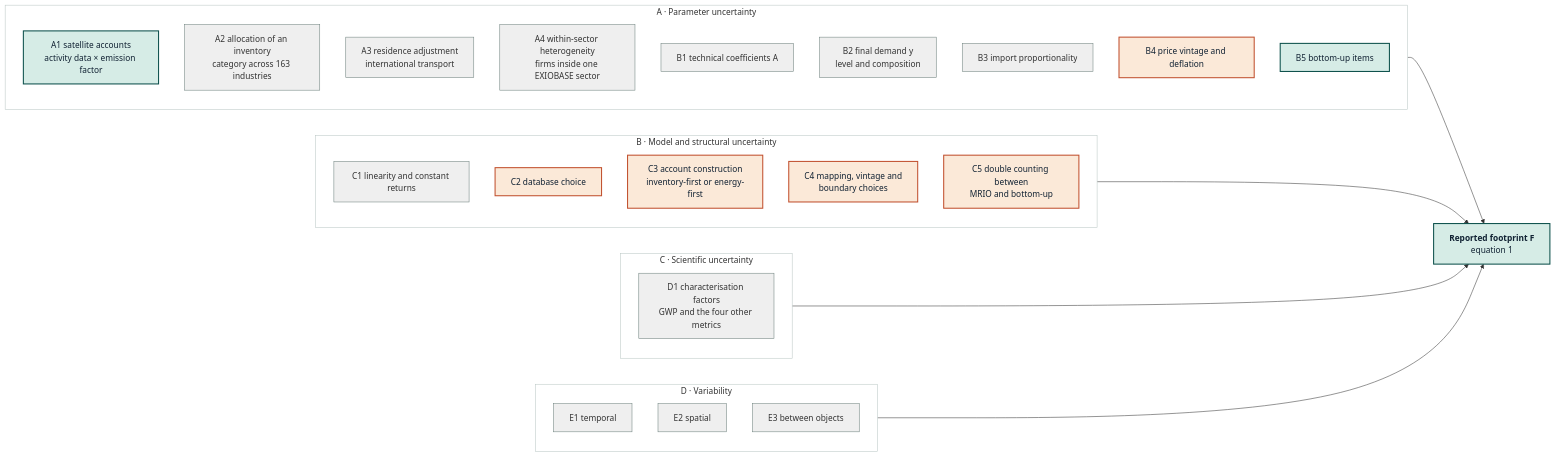
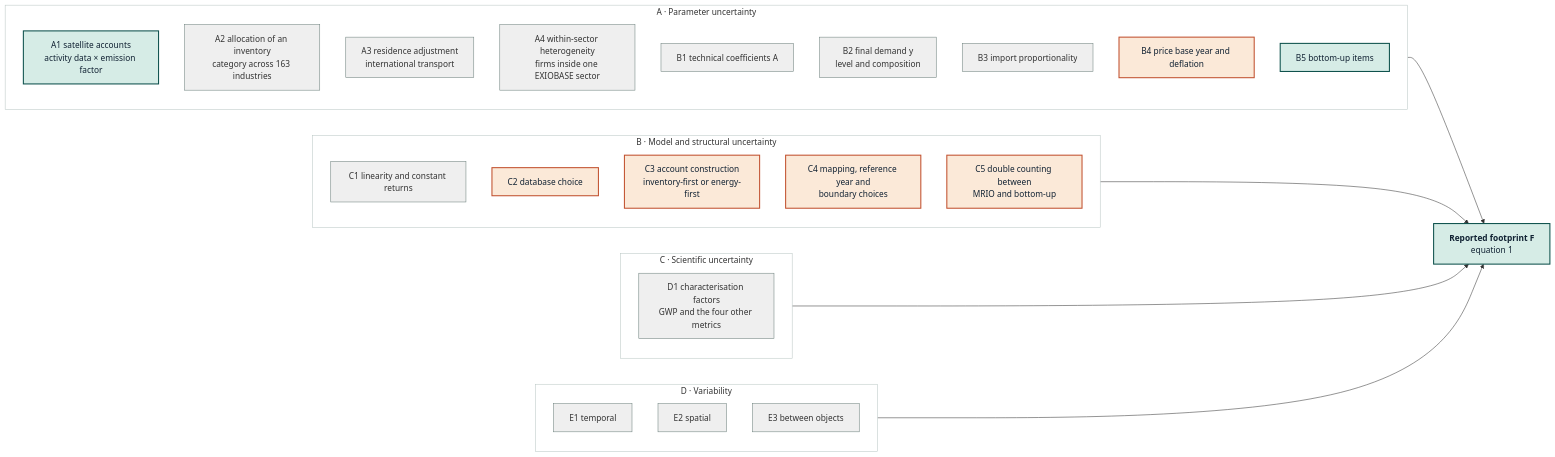
One commit to Ofir2025/envr-footprint-healthcare-Dk2025 changed the diagram in docs/revision/uncertainty.md. Above: the diagram before and after it, drawn with Mermaid. The commit also changed other lines of this file and 83 other files, not shown here.

````diff
--- a/docs/revision/uncertainty.md
+++ b/docs/revision/uncertainty.md
@@ -71,49 +71,49 @@
 ```mermaid
 flowchart LR
     F["<b>Reported footprint F</b><br/>equation 1"]
 
     subgraph P["A · Parameter uncertainty"]
         P1["A1 satellite accounts<br/>activity data × emission factor"]
         P2["A2 allocation of an inventory<br/>category across 163 industries"]
         P3["A3 residence adjustment<br/>international transport"]
         P4["A4 within-sector heterogeneity<br/>firms inside one EXIOBASE sector"]
         P5["B1 technical coefficients A"]
         P6["B2 final demand y<br/>level and composition"]
         P7["B3 import proportionality"]
-        P8["B4 price vintage and deflation"]
+        P8["B4 price base year and deflation"]
         P9["B5 bottom-up items"]
     end
 
     subgraph M["B · Model and structural uncertainty"]
         M1["C1 linearity and constant returns"]
         M2["C2 database choice"]
         M3["C3 account construction<br/>inventory-first or energy-first"]
-        M4["C4 mapping, vintage and<br/>boundary choices"]
+        M4["C4 mapping, reference year and<br/>boundary choices"]
         M5["C5 double counting between<br/>MRIO and bottom-up"]
     end
 
     subgraph S["C · Scientific uncertainty"]
         S1["D1 characterisation factors<br/>GWP and the four other metrics"]
     end
 
     subgraph V["D · Variability"]
         V1["E1 temporal"]
         V2["E2 spatial"]
         V3["E3 between objects"]
     end
 
     P --> F
     M --> F
     S --> F
     V --> F
 
     classDef quant fill:#D6ECE6,stroke:#0B4F4A,stroke-width:2px,color:#123
     classDef scen  fill:#FBE9D8,stroke:#C1502E,stroke-width:2px,color:#123
     classDef named fill:#EFEFEF,stroke:#6B7F7B,stroke-width:1px,color:#333
     classDef band  fill:#FFFFFF,stroke:#B9C6C3,stroke-width:1px,color:#333
     class F quant
     class P1,P9 quant
     class P8,M2,M3,M4,M5 scen
     class P2,P3,P4,P5,P6,P7,M1,S1,V1,V2,V3 named
     class P,M,S,V band
 ```
````
